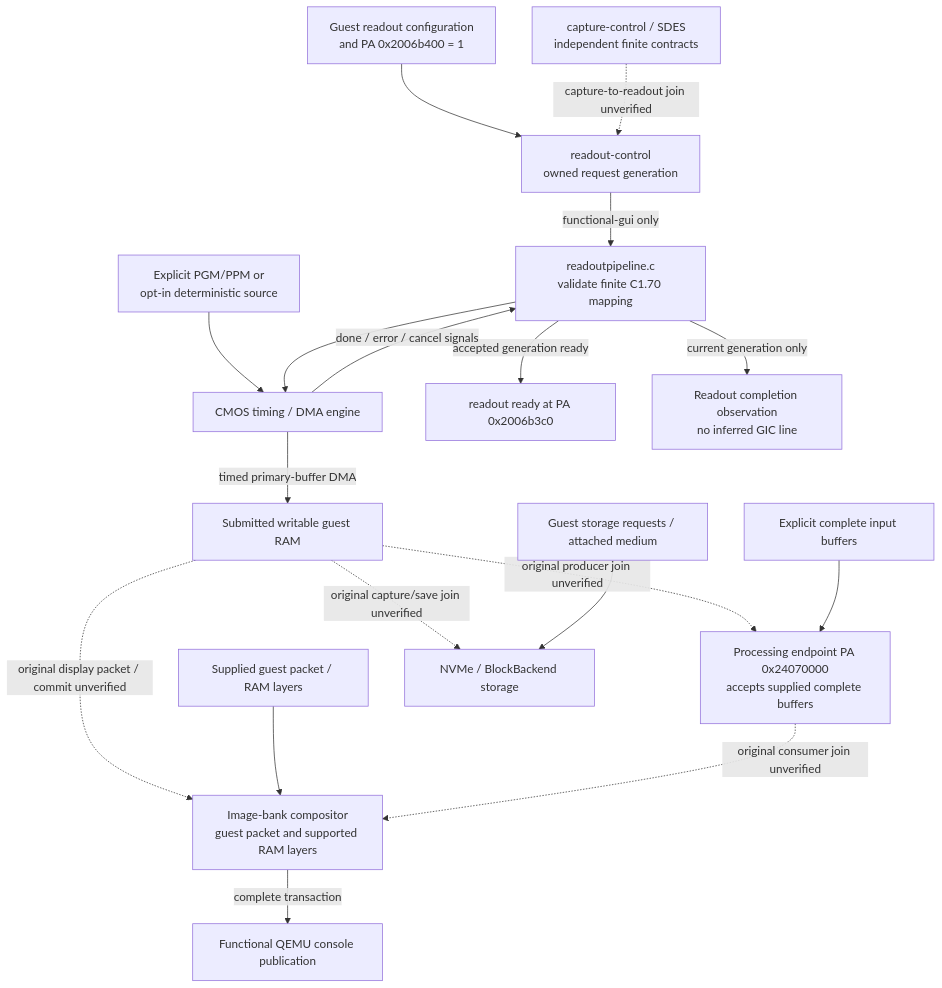
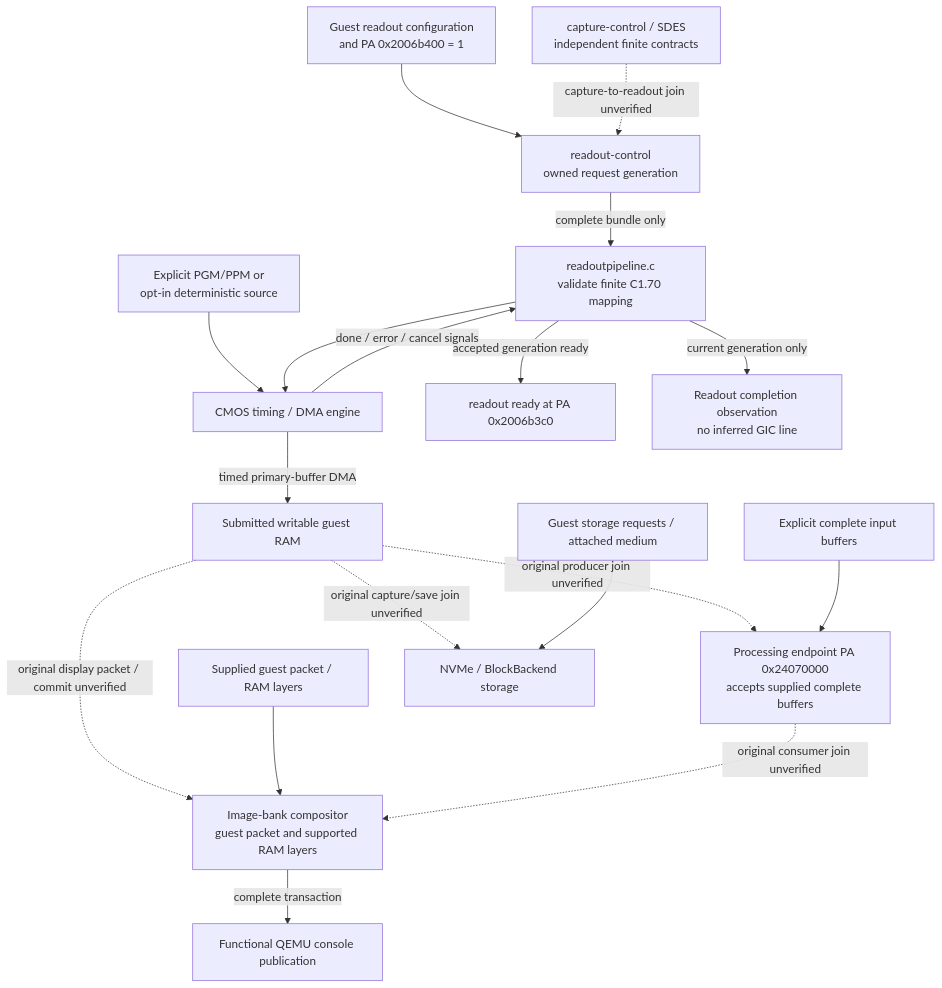
Before and after one commit to nightglasses/z7ii-qemu: the fifth of 6 diagrams in docs/architecture.md, drawn with Mermaid. The commit also changed other lines of this file and 17 other files, not shown here.

````diff
--- a/docs/architecture.md
+++ b/docs/architecture.md
@@ -148,21 +148,21 @@
 ```mermaid
 flowchart TD
   Guest["Guest readout configuration<br/>and PA 0x2006b400 = 1"] --> Readout["readout-control<br/>owned request generation"]
-  Readout -->|"functional-gui only"| Pipeline["readoutpipeline.c<br/>validate finite C1.70 mapping"]
+  Readout -->|"complete bundle only"| Pipeline["readoutpipeline.c<br/>validate finite C1.70 mapping"]
   Image["Explicit PGM/PPM or<br/>opt-in deterministic source"] --> CMOS["CMOS timing / DMA engine"]
   Pipeline --> CMOS
   CMOS -->|"timed primary-buffer DMA"| RAM["Submitted writable guest RAM"]
   Pipeline -->|"accepted generation ready"| Ready["readout ready at PA 0x2006b3c0"]
   CMOS -->|"done / error / cancel signals"| Pipeline
   Pipeline -->|"current generation only"| Completion["Readout completion observation<br/>no inferred GIC line"]
   Capture["capture-control / SDES<br/>independent finite contracts"] -. "capture-to-readout join unverified" .-> Readout
 
   RAM -. "original producer join unverified" .-> Process["Processing endpoint PA 0x24070000<br/>accepts supplied complete buffers"]
   Supplied["Explicit complete input buffers"] --> Process
   RAM -. "original display packet / commit unverified" .-> Compose["Image-bank compositor<br/>guest packet and supported RAM layers"]
   DisplaySources["Supplied guest packet / RAM layers"] --> Compose
   Process -. "original consumer join unverified" .-> Compose
   Compose -->|"complete transaction"| Console["Functional QEMU console publication"]
   RAM -. "original capture/save join unverified" .-> Save["NVMe / BlockBackend storage"]
   StorageRequests["Guest storage requests / attached medium"] --> Save
 ```
````
